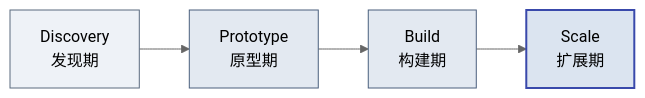
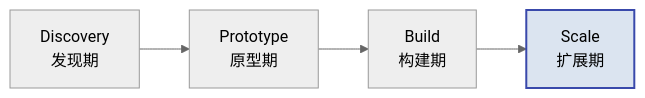
One commit to cloudzun/fde-course changed the second of 2 diagrams in textbook/第01章_FDE是什么.md. Above: the diagram before and after it, drawn with Mermaid (neutral theme). The commit also changed other lines of this file and 10 other files, not shown here.

Commit message:
style: 全库mermaid配色统一以第11章为标准——删主色灰底style，仅保留强调蓝/琥珀金/绿/红四色点缀（40行，方向与第11章图不动）

````diff
--- a/textbook/第01章_FDE是什么.md
+++ b/textbook/第01章_FDE是什么.md
@@ -121,9 +118,6 @@
 ```mermaid
 graph LR
     discovery["Discovery<br/>发现期"] --> prototype["Prototype<br/>原型期"] --> build["Build<br/>构建期"] --> scale["Scale<br/>扩展期"]
 
-    style discovery fill:#eef2f7,stroke:#5a6b7f
-    style prototype fill:#e3e9f1,stroke:#4a5f7d
-    style build fill:#e3e9f1,stroke:#4a5f7d
     style scale fill:#dbe4f0,stroke:#3949ab,stroke-width:2px
 ```
````
